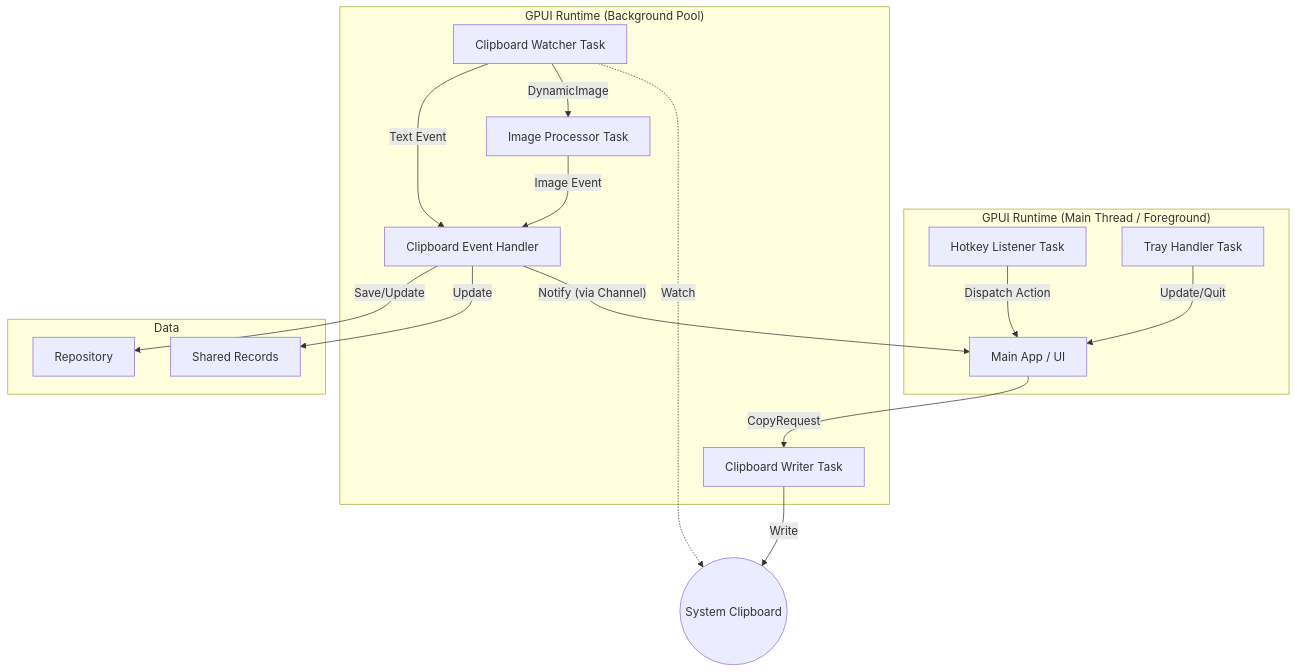
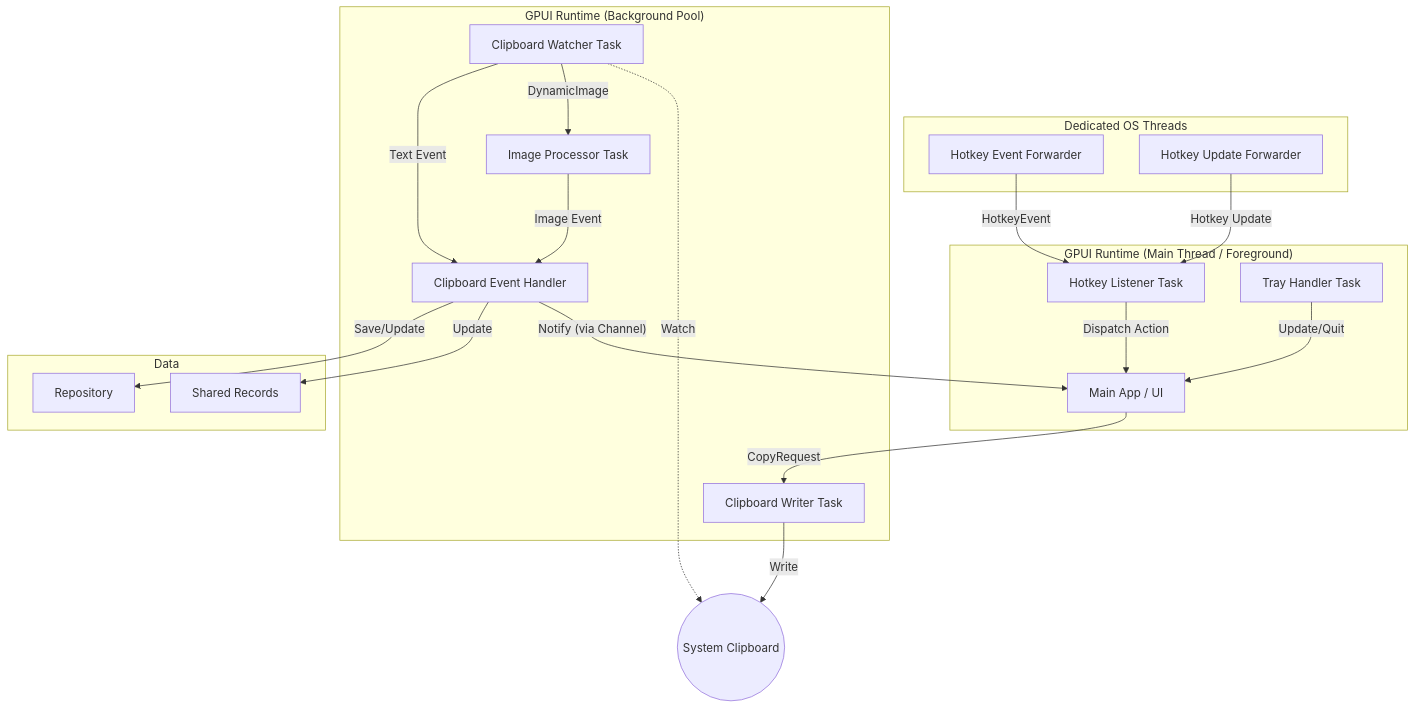
The first of 2 diagrams in doc/Concurrency-Analysis.md (StudentWeis/ropy), drawn with Mermaid before and after one commit. The commit also changed other lines of this file and 4 other files, not shown here.

````diff
--- a/doc/Concurrency-Analysis.md
+++ b/doc/Concurrency-Analysis.md
@@ -58,37 +63,44 @@
 ```mermaid
 graph TD
     subgraph "GPUI Runtime (Main Thread / Foreground)"
         Main[Main App / UI]
         HL[Hotkey Listener Task]
         TH[Tray Handler Task]
+    end
+
+    subgraph "Dedicated OS Threads"
+        HEF[Hotkey Event Forwarder]
+        HUF[Hotkey Update Forwarder]
     end
 
     subgraph "GPUI Runtime (Background Pool)"
         CW[Clipboard Watcher Task]
         IP[Image Processor Task]
         CL[Clipboard Event Handler]
         CWr[Clipboard Writer Task]
     end
 
     subgraph "Data"
         Repo[Repository]
         Shared[Shared Records]
     end
 
     %% Clipboard Monitoring
     CW -- "Text Event" --> CL
     CW -- "DynamicImage" --> IP
     IP -- "Image Event" --> CL
     CL -- "Save/Update" --> Repo
     CL -- "Update" --> Shared
     CL -- "Notify (via Channel)" --> Main
 
     %% User Input
+    HEF -- "HotkeyEvent" --> HL
+    HUF -- "Hotkey Update" --> HL
     HL -- "Dispatch Action" --> Main
     TH -- "Update/Quit" --> Main
 
     %% Clipboard Writing
     Main -- "CopyRequest" --> CWr
     CWr -- "Write" --> SystemClipboard((System Clipboard))
     CW -. "Watch" .-> SystemClipboard
 ```
````
